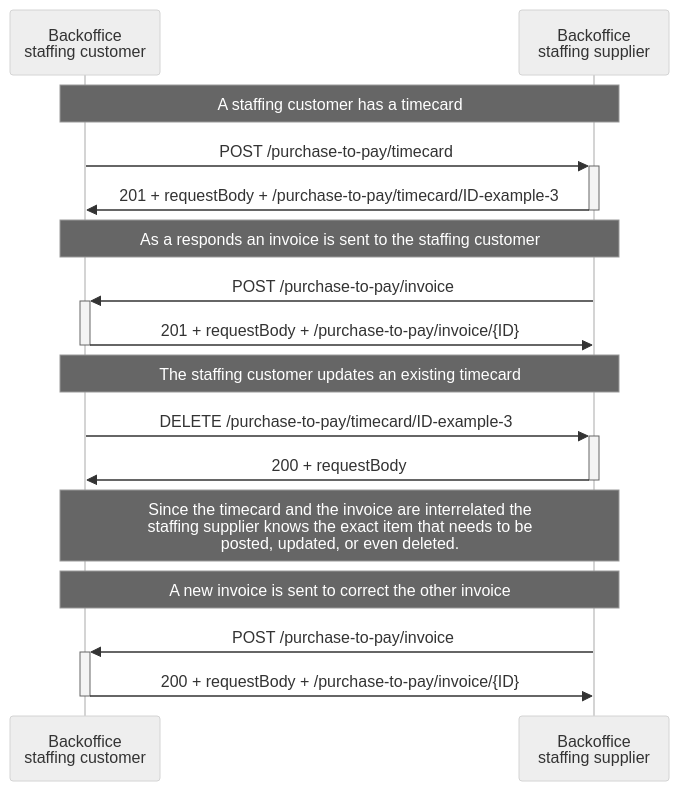
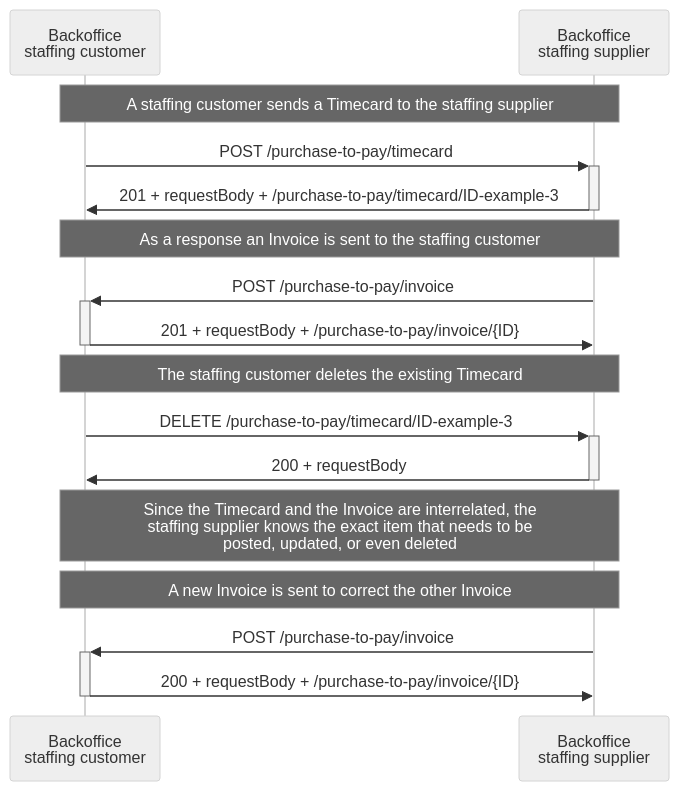
The fifth of 5 diagrams in app/docs/API Specification/purchase-to-pay/processes.md (setu-standards/documentation), drawn with Mermaid (neutral theme) before and after one commit. The commit also changed other lines of this file and 1 other file, not shown here.

````diff
--- a/app/docs/API Specification/purchase-to-pay/processes.md
+++ b/app/docs/API Specification/purchase-to-pay/processes.md
@@ -232,23 +229,23 @@
 ```mermaid
 sequenceDiagram
     participant Customer as Backoffice <br/> staffing customer
     participant Supplier as Backoffice <br/> staffing supplier
     
-    Note over Customer,Supplier: A staffing customer has a timecard
+    Note over Customer,Supplier: A staffing customer sends a Timecard to the staffing supplier
     Customer ->>+ Supplier: POST /purchase-to-pay/timecard
     Supplier ->>- Customer: 201 + requestBody + /purchase-to-pay/timecard/ID-example-3
 
-    Note over Customer,Supplier: As a responds an invoice is sent to the staffing customer
+    Note over Customer,Supplier: As a response an Invoice is sent to the staffing customer
     Supplier ->>+ Customer: POST /purchase-to-pay/invoice
     Customer ->>- Supplier: 201 + requestBody + /purchase-to-pay/invoice/{ID}
 
-    Note over Customer,Supplier: The staffing customer updates an existing timecard
+    Note over Customer,Supplier: The staffing customer deletes the existing Timecard
     Customer ->>+ Supplier: DELETE /purchase-to-pay/timecard/ID-example-3
     Supplier ->>- Customer: 200 + requestBody 
 
-    Note over Customer,Supplier: Since the timecard and the invoice are interrelated the <br/> staffing supplier knows the exact item that needs to be <br/> posted, updated, or even deleted.
-    Note over Customer,Supplier: A new invoice is sent to correct the other invoice
+    Note over Customer,Supplier: Since the Timecard and the Invoice are interrelated, the <br/> staffing supplier knows the exact item that needs to be <br/> posted, updated, or even deleted
+    Note over Customer,Supplier: A new Invoice is sent to correct the other Invoice
     Supplier ->>+ Customer: POST /purchase-to-pay/invoice
     Customer ->>- Supplier: 200 + requestBody + /purchase-to-pay/invoice/{ID}
 
 ```
````
